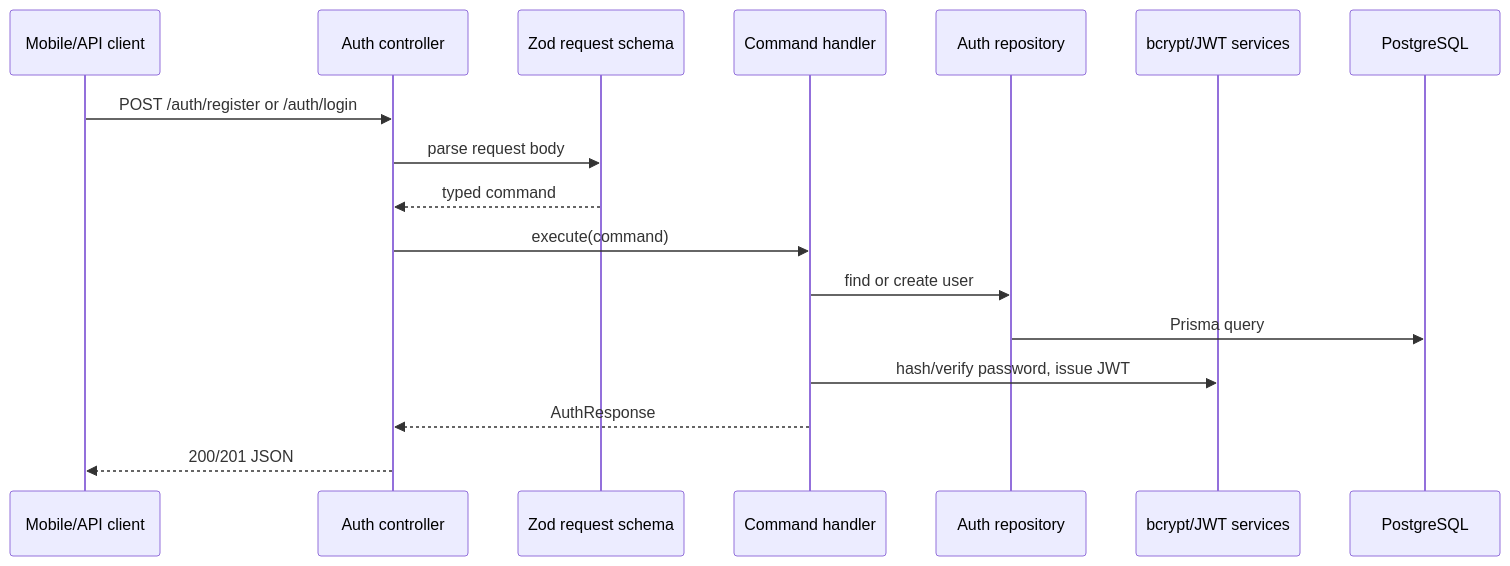
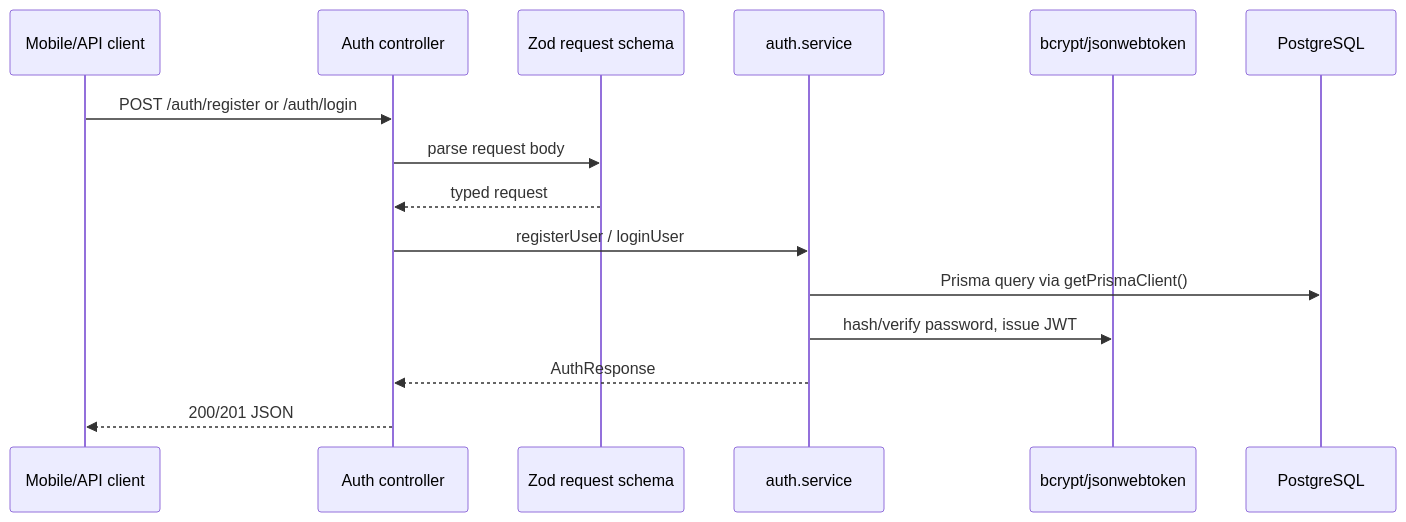
Before and after one commit to Davids89/mysubs: the third of 6 diagrams in docs/auth-flow.md, drawn with Mermaid. The commit also changed other lines of this file and 7 other files, not shown here.

First line of the commit message:
[DESIGN-001.6] Make CLAUDE.md the single agent guide and document the architecture

````diff
--- a/docs/auth-flow.md
+++ b/docs/auth-flow.md
@@ -110,20 +110,18 @@
 ```mermaid
 sequenceDiagram
   participant Client as Mobile/API client
   participant Controller as Auth controller
   participant Schema as Zod request schema
-  participant Handler as Command handler
-  participant Repo as Auth repository
-  participant Security as bcrypt/JWT services
+  participant Service as auth.service
+  participant Security as bcrypt/jsonwebtoken
   participant DB as PostgreSQL
 
   Client->>Controller: POST /auth/register or /auth/login
   Controller->>Schema: parse request body
-  Schema-->>Controller: typed command
-  Controller->>Handler: execute(command)
-  Handler->>Repo: find or create user
-  Repo->>DB: Prisma query
-  Handler->>Security: hash/verify password, issue JWT
-  Handler-->>Controller: AuthResponse
+  Schema-->>Controller: typed request
+  Controller->>Service: registerUser / loginUser
+  Service->>DB: Prisma query via getPrismaClient()
+  Service->>Security: hash/verify password, issue JWT
+  Service-->>Controller: AuthResponse
   Controller-->>Client: 200/201 JSON
 ```
````
